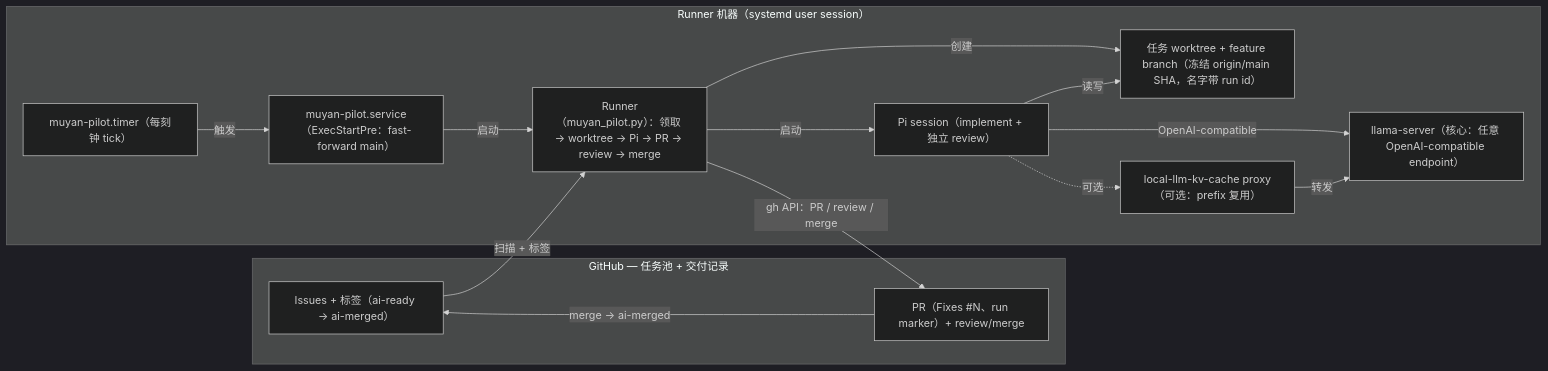
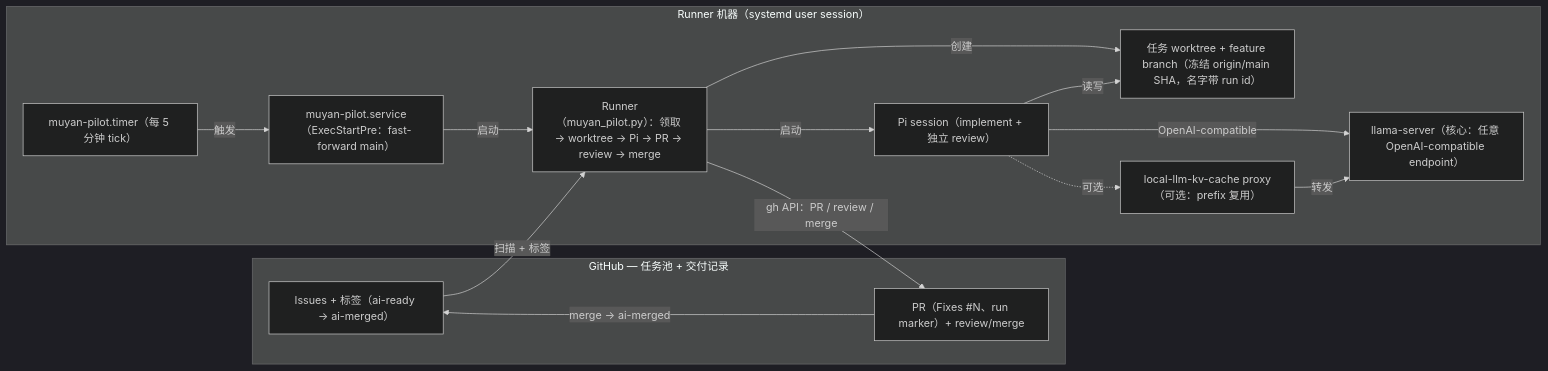
Before and after one commit to orbi-build/orbi: the diagram in docs/zh/index.mdx, drawn with Mermaid (dark theme). The commit also changed other lines of this file and 18 other files, not shown here.

````diff
--- a/docs/zh/index.mdx
+++ b/docs/zh/index.mdx
@@ -14,27 +14,27 @@
 ```mermaid
 flowchart LR
   subgraph github["GitHub — 任务池 + 交付记录"]
     issues["Issues + 标签（ai-ready → ai-merged）"]
     prs["PR（Fixes #N、run marker）+ review/merge"]
   end
   subgraph machine["Runner 机器（systemd user session）"]
-    timer["muyan-pilot.timer（每刻钟 tick）"]
+    timer["muyan-pilot.timer（每 5 分钟 tick）"]
     service["muyan-pilot.service（ExecStartPre：fast-forward main）"]
     runner["Runner（muyan_pilot.py）：领取 → worktree → Pi → PR → review → merge"]
     worktree["任务 worktree + feature branch（冻结 origin/main SHA，名字带 run id）"]
     pi["Pi session（implement + 独立 review）"]
     model["llama-server（核心：任意 OpenAI-compatible endpoint）"]
     proxy["local-llm-kv-cache proxy（可选：prefix 复用）"]
   end
   issues -->|扫描 + 标签| runner
   timer -->|触发| service
   service -->|启动| runner
   runner -->|创建| worktree
   runner -->|启动| pi
   pi -->|读写| worktree
   pi -->|OpenAI-compatible| model
   pi -.->|可选| proxy
   proxy -->|转发| model
   runner -->|gh API：PR / review / merge| prs
   prs -->|merge → ai-merged| issues
 ```
````
